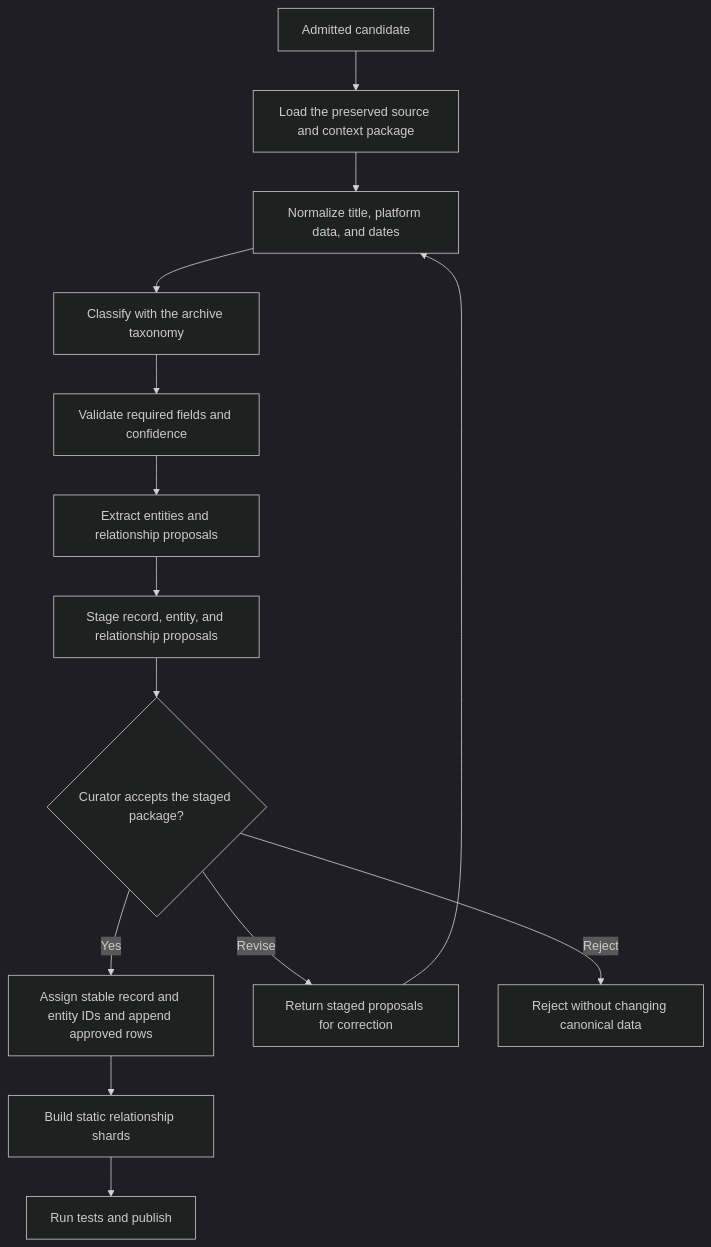
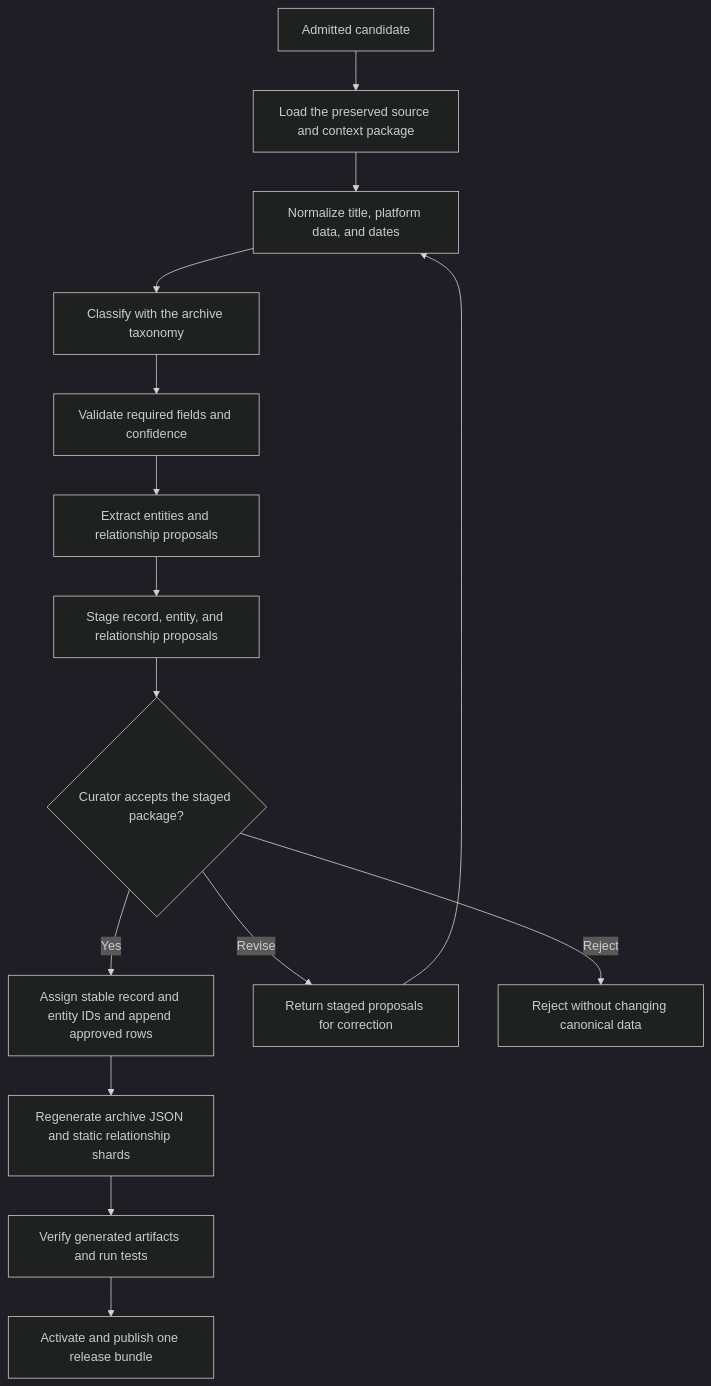
The fourth of 4 diagrams in docs/bluesky-stewardship-pipeline.md (jamditis/rosen-frontend), drawn with Mermaid (dark theme) before and after one commit. The commit also changed other lines of this file and 1 other file, not shown here.

Commit message:
docs: close stewardship release gaps

````diff
--- a/docs/bluesky-stewardship-pipeline.md
+++ b/docs/bluesky-stewardship-pipeline.md
@@ -116,16 +117,17 @@
 ```mermaid
 flowchart TD
     A[Admitted candidate] --> B[Load the preserved source and context package]
     B --> C[Normalize title, platform data, and dates]
     C --> D[Classify with the archive taxonomy]
     D --> E[Validate required fields and confidence]
     E --> F[Extract entities and relationship proposals]
     F --> G[Stage record, entity, and relationship proposals]
     G --> H{Curator accepts the staged package?}
     H -->|Yes| I[Assign stable record and entity IDs and append approved rows]
     H -->|Revise| J[Return staged proposals for correction]
     J --> C
     H -->|Reject| M[Reject without changing canonical data]
-    I --> K[Build static relationship shards]
-    K --> L[Run tests and publish]
+    I --> K[Regenerate archive JSON and static relationship shards]
+    K --> L[Verify generated artifacts and run tests]
+    L --> N[Activate and publish one release bundle]
 ```
````
